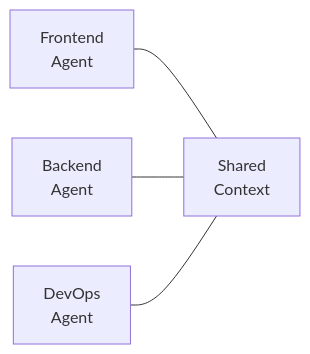
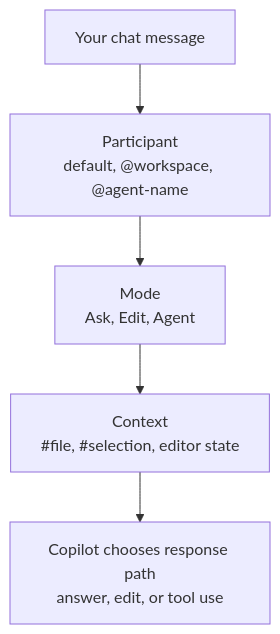
The third of 4 diagrams in workshops/copilot-dev-agentic/copilot-dev-agentic.slidev.md (tammym-demos/ghcp-agentic-hack), drawn with Mermaid before and after one commit. The commit also changed other lines of this file and 20 other files, not shown here.

````diff
--- a/workshops/copilot-dev-agentic/copilot-dev-agentic.slidev.md
+++ b/workshops/copilot-dev-agentic/copilot-dev-agentic.slidev.md
@@ -538,6 +317,7 @@
-```mermaid {scale: 0.6}
-graph LR
-    A["Frontend<br/>Agent"] --- D["Shared<br/>Context"]
-    B["Backend<br/>Agent"] --- D
-    C["DevOps<br/>Agent"] --- D
+```mermaid {scale: 0.65}
+graph TD
+    A["Your chat message"] --> B["Participant<br/>default, @workspace, @agent-name"]
+    B --> C["Mode<br/>Ask, Edit, Agent"]
+    C --> D["Context<br/>#file, #selection, editor state"]
+    D --> E["Copilot chooses response path<br/>answer, edit, or tool use"]
 ```
````
